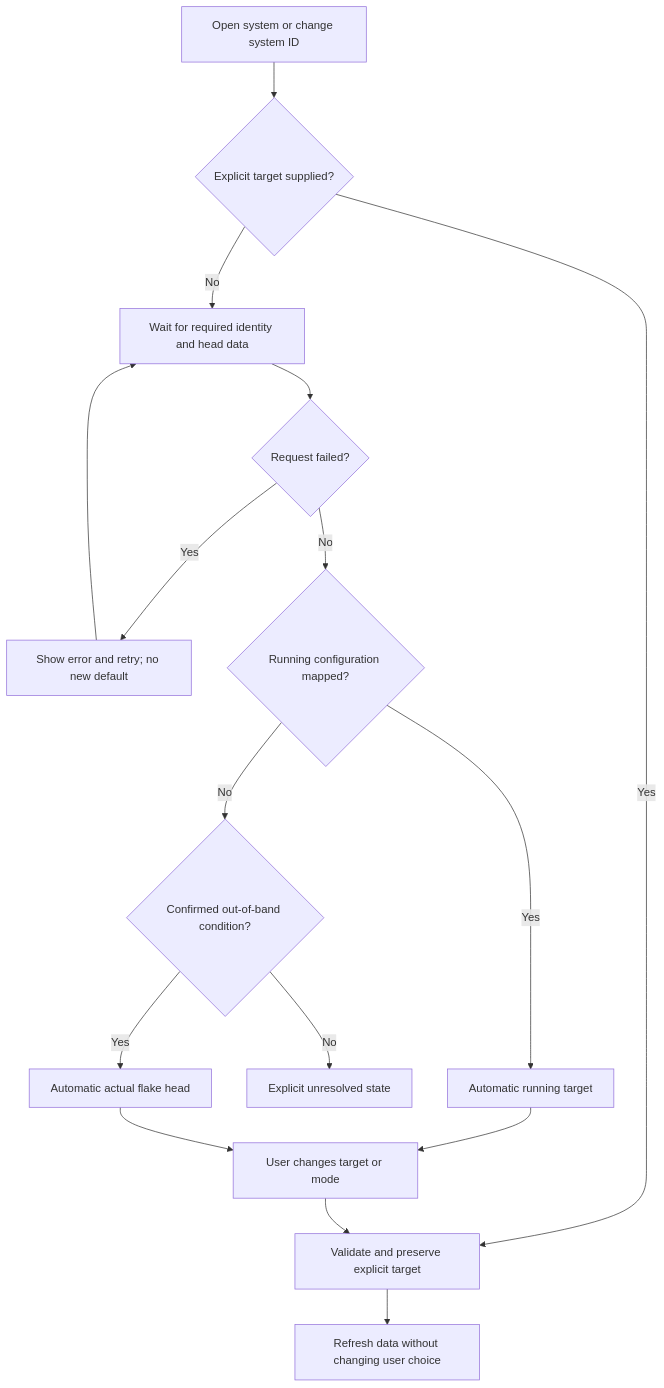
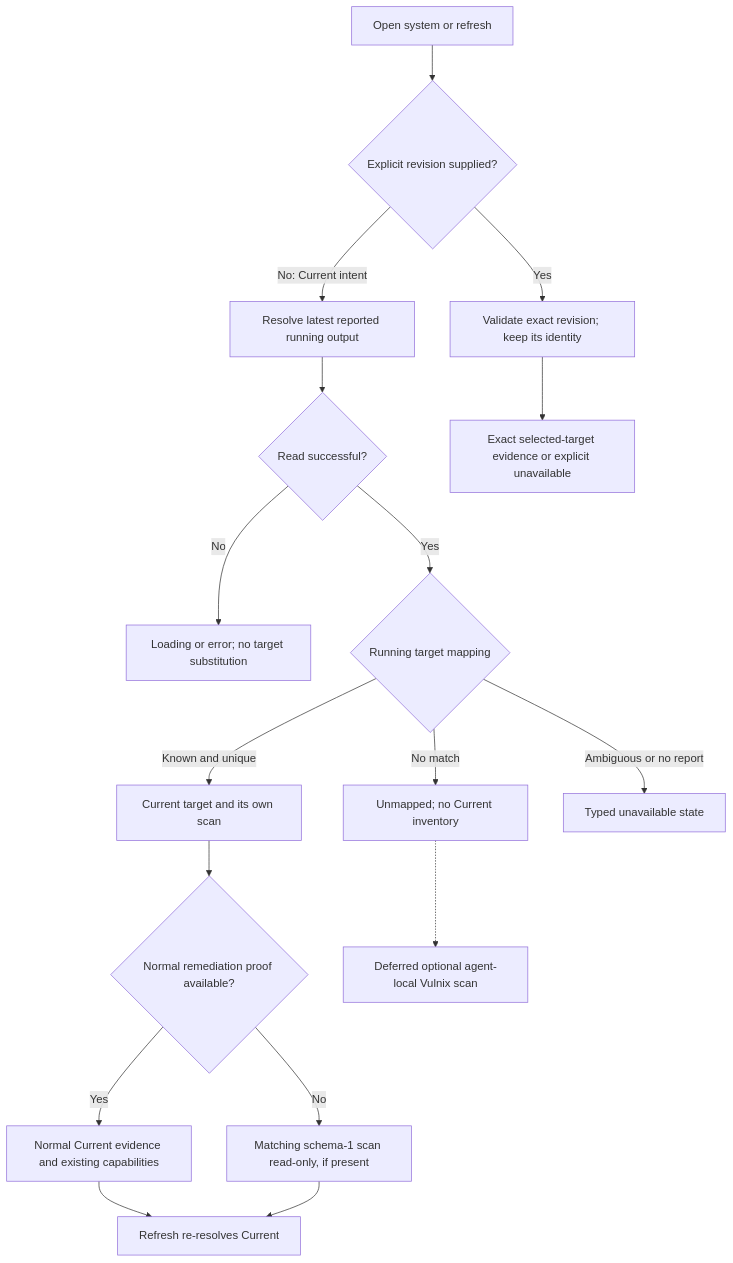
The seventh of 12 diagrams in docs/design/CrystalForge/docs/crystal-forge-systems-design/systems-view-design-v0.1.md (usmcamp0811/crystal-forge), drawn with Mermaid before and after one commit. The commit also changed other lines of this file and 10 other files, not shown here.

````diff
--- a/docs/design/CrystalForge/docs/crystal-forge-systems-design/systems-view-design-v0.1.md
+++ b/docs/design/CrystalForge/docs/crystal-forge-systems-design/systems-view-design-v0.1.md
@@ -515,18 +516,19 @@
 ```mermaid
 flowchart TD
-    OPEN["Open system or change system ID"] --> EX{"Explicit target supplied?"}
-    EX -->|"Yes"| PIN["Validate and preserve explicit target"]
-    EX -->|"No"| LOAD["Wait for required identity and head data"]
-    LOAD --> ERR{"Request failed?"}
-    ERR -->|"Yes"| RETRY["Show error and retry; no new default"]
-    ERR -->|"No"| MAP{"Running configuration mapped?"}
-    MAP -->|"Yes"| CUR["Automatic running target"]
-    MAP -->|"No"| OOB{"Confirmed out-of-band condition?"}
-    OOB -->|"No"| UNK["Explicit unresolved state"]
-    OOB -->|"Yes"| HEAD["Automatic actual flake head"]
-    CUR --> USER["User changes target or mode"]
-    HEAD --> USER
-    USER --> PIN
-    PIN --> REF["Refresh data without changing user choice"]
-    RETRY --> LOAD
+    OPEN["Open system or refresh"] --> EX{"Explicit revision supplied?"}
+    EX -->|"Yes"| PIN["Validate exact revision; keep its identity"]
+    EX -->|"No: Current intent"| LOAD["Resolve latest reported running output"]
+    LOAD --> READ{"Read successful?"}
+    READ -->|"No"| ERR["Loading or error; no target substitution"]
+    READ -->|"Yes"| MAP{"Running target mapping"}
+    MAP -->|"Known and unique"| CUR["Current target and its own scan"]
+    MAP -->|"No match"| UNMAP["Unmapped; no Current inventory"]
+    MAP -->|"Ambiguous or no report"| UNK["Typed unavailable state"]
+    CUR --> PROOF{"Normal remediation proof available?"}
+    PROOF -->|"Yes"| NORMAL["Normal Current evidence and existing capabilities"]
+    PROOF -->|"No"| RO["Matching schema-1 scan read-only, if present"]
+    UNMAP -.-> FUT["Deferred optional agent-local Vulnix scan"]
+    PIN --> EXACT["Exact selected-target evidence or explicit unavailable"]
+    NORMAL --> NEXT["Refresh re-resolves Current"]
+    RO --> NEXT
 ```
````
